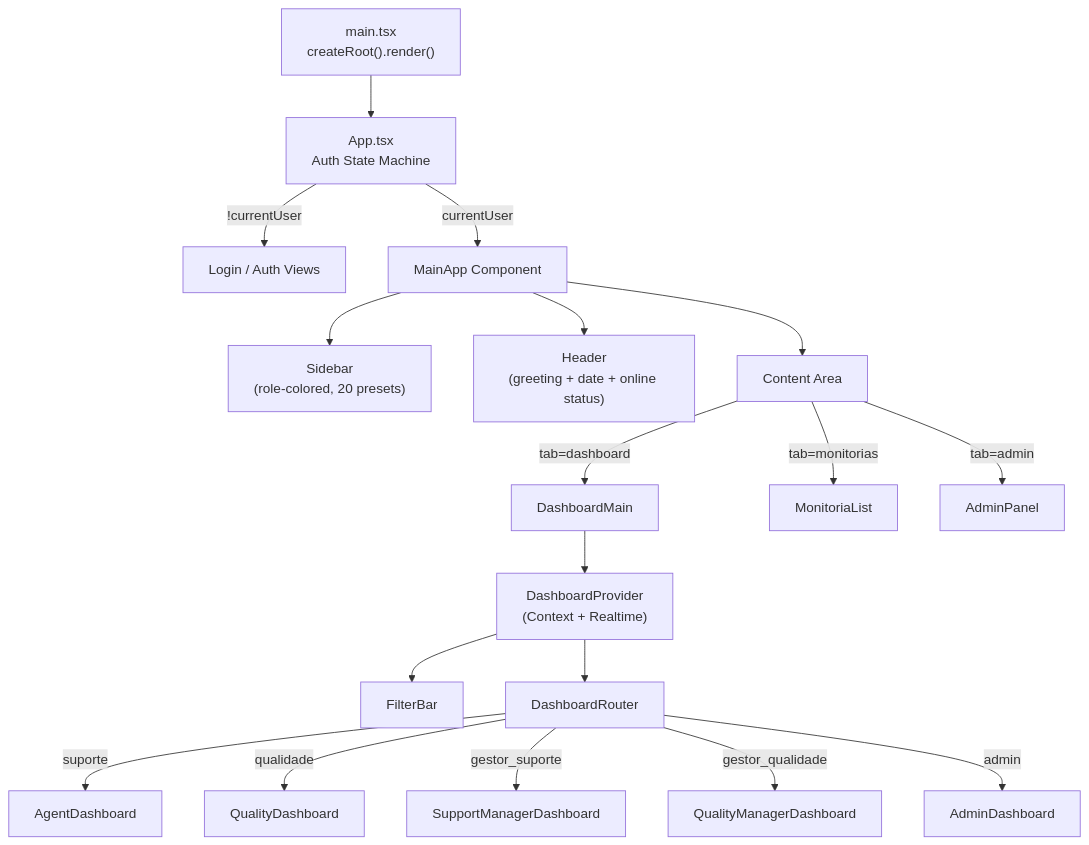
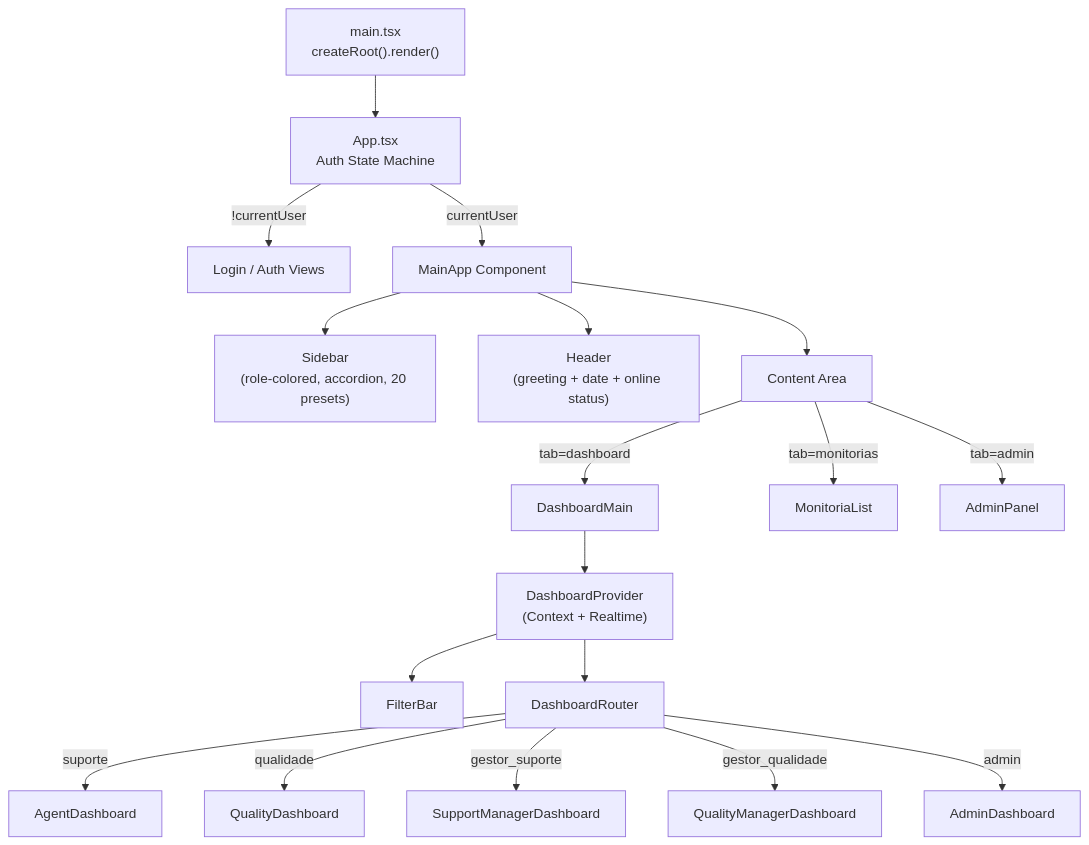
The diagram in docs/architecture/frontend.md (allanscode/QualiTrack), drawn with Mermaid before and after one commit. The commit also changed other lines of this file and 14 other files, not shown here.

Commit message:
fix: sidebar accordion, date picker flash, scrollbar gutter, profile toggle + docs update

````diff
--- a/docs/architecture/frontend.md
+++ b/docs/architecture/frontend.md
@@ -257,28 +262,28 @@
 ```mermaid
 graph TD
     main["main.tsx<br/>createRoot().render()"]
     app["App.tsx<br/>Auth State Machine"]
 
     main --> app
 
     app -->|"!currentUser"| login["Login / Auth Views"]
     app -->|"currentUser"| mainApp["MainApp Component"]
 
-    mainApp --> sidebar["Sidebar<br/>(role-colored, 20 presets)"]
+    mainApp --> sidebar["Sidebar<br/>(role-colored, accordion, 20 presets)"]
     mainApp --> header["Header<br/>(greeting + date + online status)"]
     mainApp --> content["Content Area"]
 
     content -->|"tab=dashboard"| dashMain["DashboardMain"]
     content -->|"tab=monitorias"| monList["MonitoriaList"]
     content -->|"tab=admin"| admin["AdminPanel"]
 
     dashMain --> provider["DashboardProvider<br/>(Context + Realtime)"]
     provider --> filterBar["FilterBar"]
     provider --> router["DashboardRouter"]
 
     router -->|"suporte"| agentDash["AgentDashboard"]
     router -->|"qualidade"| qualDash["QualityDashboard"]
     router -->|"gestor_suporte"| supMgr["SupportManagerDashboard"]
     router -->|"gestor_qualidade"| qualMgr["QualityManagerDashboard"]
     router -->|"admin"| adminDash["AdminDashboard"]
 ```
````
